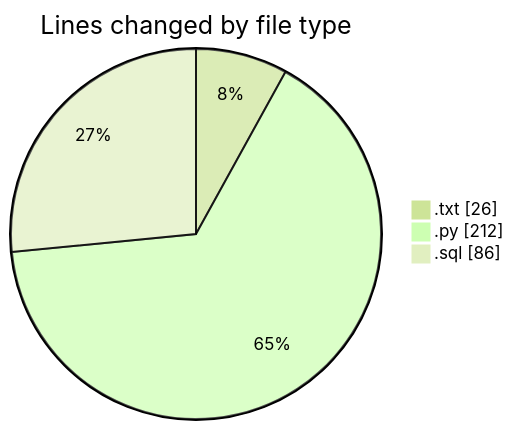
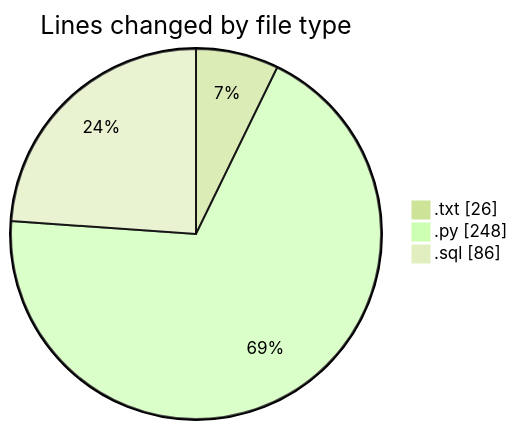
One commit to lephambinh05/code-tracking changed the first of 2 diagrams in 2025-09-12/datanv/README.md. Above: the diagram before and after it, drawn with Mermaid (forest theme). The commit also changed other lines of this file and 1 other file, not shown here.

````diff
--- a/2025-09-12/datanv/README.md
+++ b/2025-09-12/datanv/README.md
@@ -23,7 +23,7 @@
 ```mermaid
 pie showData
 title Lines changed by file type
 ".txt" : 26
-".py" : 212
+".py" : 248
 ".sql" : 86
 ```
````
